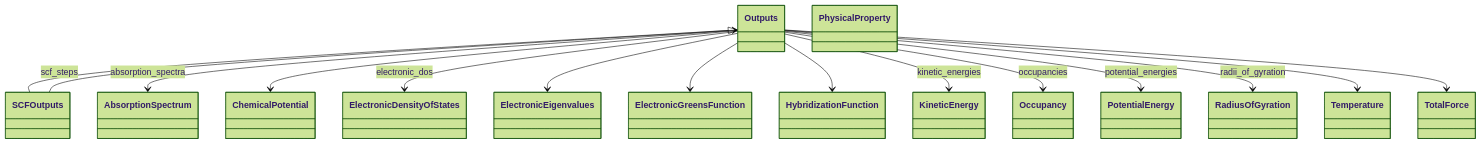
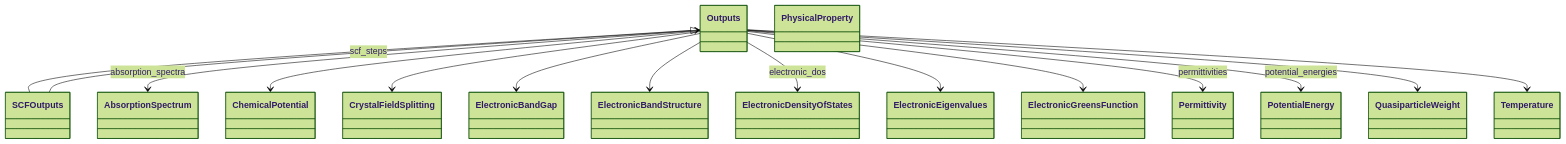
The first of 2 diagrams in docs/schema/outputs.diagram.md (FAIRmat-NFDI/nomad-simulations), drawn with Mermaid (forest theme) before and after one commit. The commit also changed 8 other files, not shown here.

````diff
--- a/docs/schema/outputs.diagram.md
+++ b/docs/schema/outputs.diagram.md
@@ -15,47 +15,47 @@
 ```mermaid
 classDiagram
     class AbsorptionSpectrum {
     }
     class ChemicalPotential {
+    }
+    class CrystalFieldSplitting {
+    }
+    class ElectronicBandGap {
+    }
+    class ElectronicBandStructure {
     }
     class ElectronicDensityOfStates {
     }
     class ElectronicEigenvalues {
     }
     class ElectronicGreensFunction {
     }
-    class HybridizationFunction {
+    class Outputs {
     }
-    class KineticEnergy {
-    }
-    class Occupancy {
-    }
-    class Outputs {
+    class Permittivity {
     }
     class PhysicalProperty {
     }
     class PotentialEnergy {
     }
-    class RadiusOfGyration {
+    class QuasiparticleWeight {
     }
     class SCFOutputs {
     }
     class Temperature {
     }
-    class TotalForce {
-    }
     Outputs <|-- SCFOutputs
     Outputs --> AbsorptionSpectrum : absorption_spectra
     Outputs --> ChemicalPotential
+    Outputs --> CrystalFieldSplitting
+    Outputs --> ElectronicBandGap
+    Outputs --> ElectronicBandStructure
     Outputs --> ElectronicDensityOfStates : electronic_dos
     Outputs --> ElectronicEigenvalues
     Outputs --> ElectronicGreensFunction
-    Outputs --> HybridizationFunction
-    Outputs --> KineticEnergy : kinetic_energies
-    Outputs --> Occupancy : occupancies
+    Outputs --> Permittivity : permittivities
     Outputs --> PotentialEnergy : potential_energies
-    Outputs --> RadiusOfGyration : radii_of_gyration
+    Outputs --> QuasiparticleWeight
     Outputs --> Temperature
-    Outputs --> TotalForce
     SCFOutputs --> Outputs : scf_steps
 ```
````
